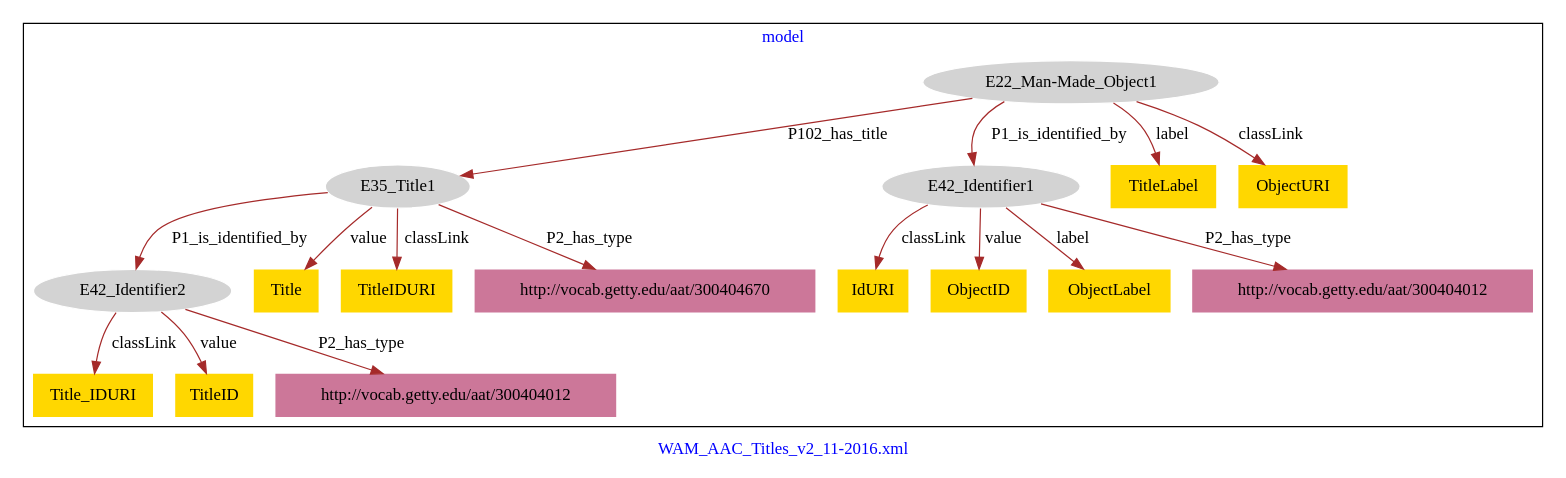
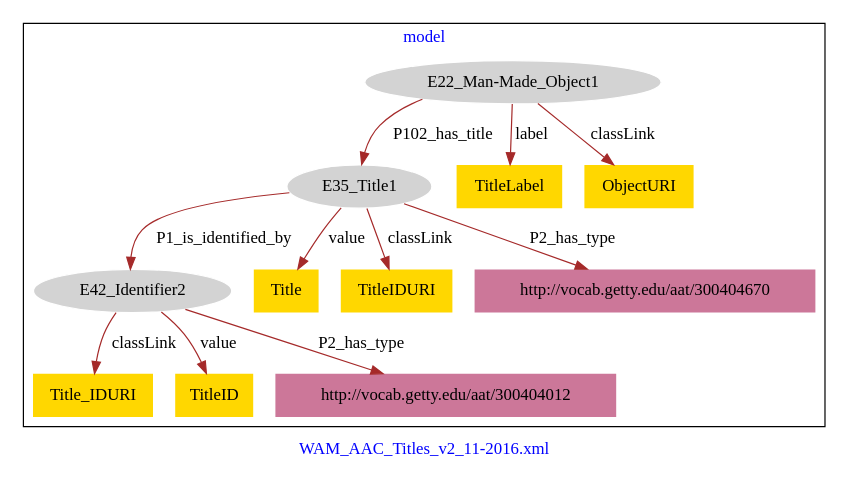
One commit to american-art/wam changed the diagram in WAM_AAC_Titles/WAM_AAC_Titles-model.dot. Above: the diagram before and after it, drawn with Graphviz.

Commit message:
Update file WAM_AAC_Titles-model.dot

```diff
--- a/WAM_AAC_Titles/WAM_AAC_Titles-model.dot
+++ b/WAM_AAC_Titles/WAM_AAC_Titles-model.dot
@@ -1,39 +1,29 @@
 digraph n0 {
 fontcolor="blue"
 remincross="true"
 label="WAM_AAC_Titles_v2_11-2016.xml"
 subgraph cluster {
 label="model"
 n2[style="filled",color="white",fillcolor="lightgray",label="E22_Man-Made_Object1"];
 n3[style="filled",color="white",fillcolor="lightgray",label="E35_Title1"];
-n4[style="filled",color="white",fillcolor="lightgray",label="E42_Identifier1"];
-n5[style="filled",color="white",fillcolor="lightgray",label="E42_Identifier2"];
+n4[style="filled",color="white",fillcolor="lightgray",label="E42_Identifier2"];
+n5[shape="plaintext",style="filled",fillcolor="gold",label="Title_IDURI"];
 n6[shape="plaintext",style="filled",fillcolor="gold",label="TitleLabel"];
-n7[shape="plaintext",style="filled",fillcolor="gold",label="IdURI"];
-n8[shape="plaintext",style="filled",fillcolor="gold",label="ObjectID"];
-n9[shape="plaintext",style="filled",fillcolor="gold",label="Title"];
-n10[shape="plaintext",style="filled",fillcolor="gold",label="Title_IDURI"];
-n11[shape="plaintext",style="filled",fillcolor="gold",label="TitleID"];
-n12[shape="plaintext",style="filled",fillcolor="gold",label="ObjectURI"];
-n13[shape="plaintext",style="filled",fillcolor="gold",label="TitleIDURI"];
-n14[shape="plaintext",style="filled",fillcolor="gold",label="ObjectLabel"];
-n15[shape="plaintext",style="filled",fillcolor="#CC7799",label="http://vocab.getty.edu/aat/300404670"];
-n16[shape="plaintext",style="filled",fillcolor="#CC7799",label="http://vocab.getty.edu/aat/300404012"];
-n17[shape="plaintext",style="filled",fillcolor="#CC7799",label="http://vocab.getty.edu/aat/300404012"];
+n7[shape="plaintext",style="filled",fillcolor="gold",label="Title"];
+n8[shape="plaintext",style="filled",fillcolor="gold",label="TitleIDURI"];
+n9[shape="plaintext",style="filled",fillcolor="gold",label="TitleID"];
+n10[shape="plaintext",style="filled",fillcolor="gold",label="ObjectURI"];
+n11[shape="plaintext",style="filled",fillcolor="#CC7799",label="http://vocab.getty.edu/aat/300404670"];
+n12[shape="plaintext",style="filled",fillcolor="#CC7799",label="http://vocab.getty.edu/aat/300404012"];
 }
 n2 -> n3[color="brown",fontcolor="black",label="P102_has_title"]
-n2 -> n4[color="brown",fontcolor="black",label="P1_is_identified_by"]
-n3 -> n5[color="brown",fontcolor="black",label="P1_is_identified_by"]
+n3 -> n4[color="brown",fontcolor="black",label="P1_is_identified_by"]
+n4 -> n5[color="brown",fontcolor="black",label="classLink"]
 n2 -> n6[color="brown",fontcolor="black",label="label"]
-n4 -> n7[color="brown",fontcolor="black",label="classLink"]
-n4 -> n8[color="brown",fontcolor="black",label="value"]
-n3 -> n9[color="brown",fontcolor="black",label="value"]
-n5 -> n10[color="brown",fontcolor="black",label="classLink"]
-n5 -> n11[color="brown",fontcolor="black",label="value"]
-n2 -> n12[color="brown",fontcolor="black",label="classLink"]
-n3 -> n13[color="brown",fontcolor="black",label="classLink"]
-n4 -> n14[color="brown",fontcolor="black",label="label"]
-n3 -> n15[color="brown",fontcolor="black",label="P2_has_type"]
-n5 -> n16[color="brown",fontcolor="black",label="P2_has_type"]
-n4 -> n17[color="brown",fontcolor="black",label="P2_has_type"]
+n3 -> n7[color="brown",fontcolor="black",label="value"]
+n3 -> n8[color="brown",fontcolor="black",label="classLink"]
+n4 -> n9[color="brown",fontcolor="black",label="value"]
+n2 -> n10[color="brown",fontcolor="black",label="classLink"]
+n3 -> n11[color="brown",fontcolor="black",label="P2_has_type"]
+n4 -> n12[color="brown",fontcolor="black",label="P2_has_type"]
 }
```
